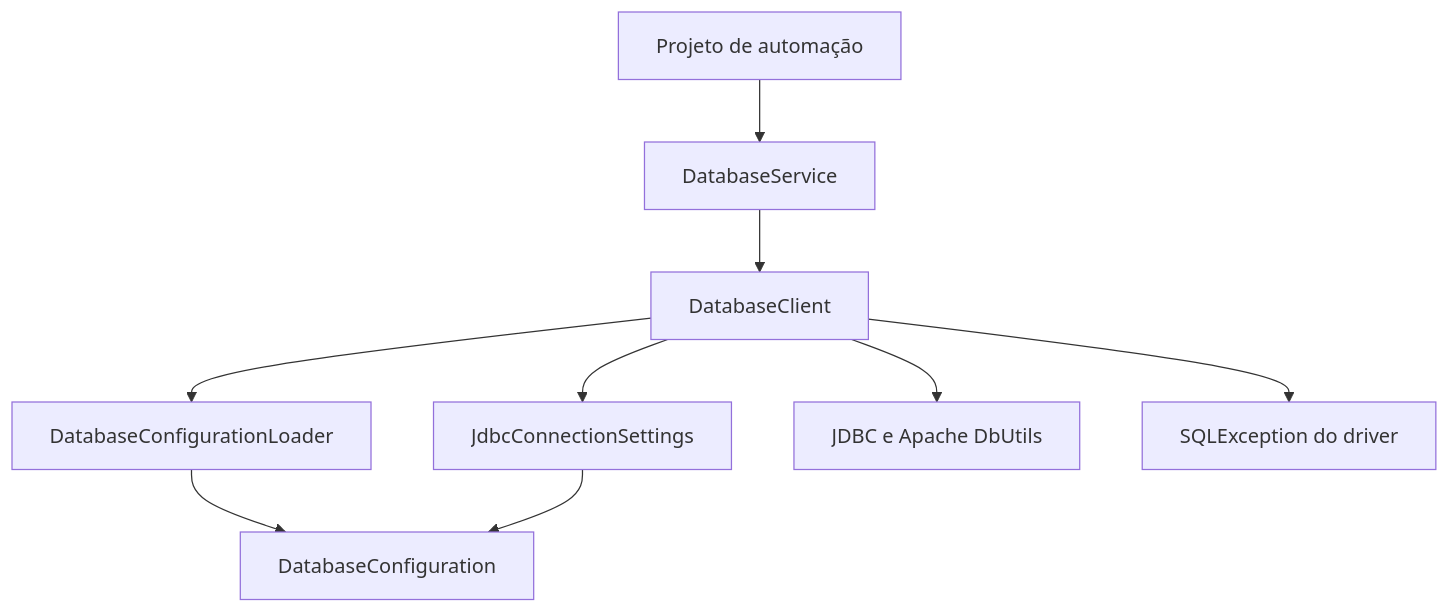
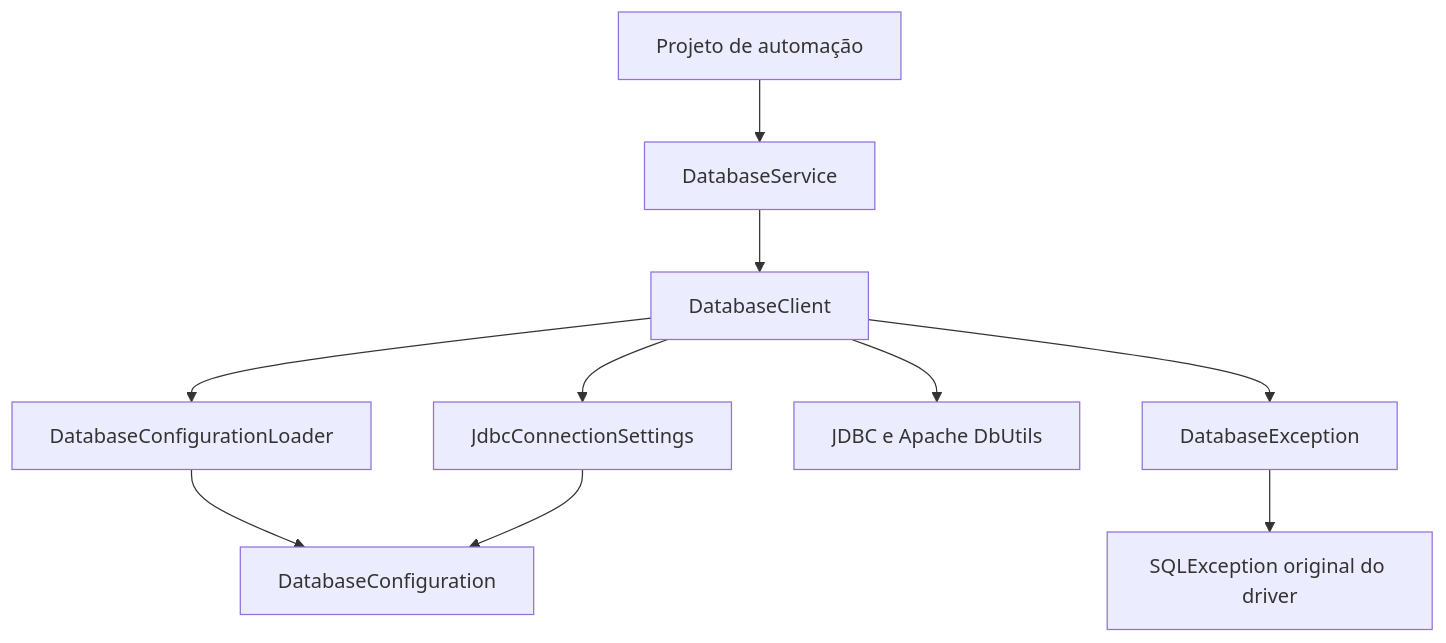
Before and after one commit to raialmeida/mindqa-db-commons: the diagram in docs/architecture.md, drawn with Mermaid. The commit also changed other lines of this file and 10 other files, not shown here.

````diff
--- a/docs/architecture.md
+++ b/docs/architecture.md
@@ -100,11 +104,12 @@
 ```mermaid
 flowchart TD
     Consumer[Projeto de automação] --> Service[DatabaseService]
     Service --> Client[DatabaseClient]
     Client --> Loader[DatabaseConfigurationLoader]
     Loader --> Configuration[DatabaseConfiguration]
     Client --> Settings[JdbcConnectionSettings]
     Settings --> Configuration
     Client --> JDBC[JDBC e Apache DbUtils]
-    Client --> Error[SQLException do driver]
+    Client --> Error[DatabaseException]
+    Error --> Cause[SQLException original do driver]
 ```
````
